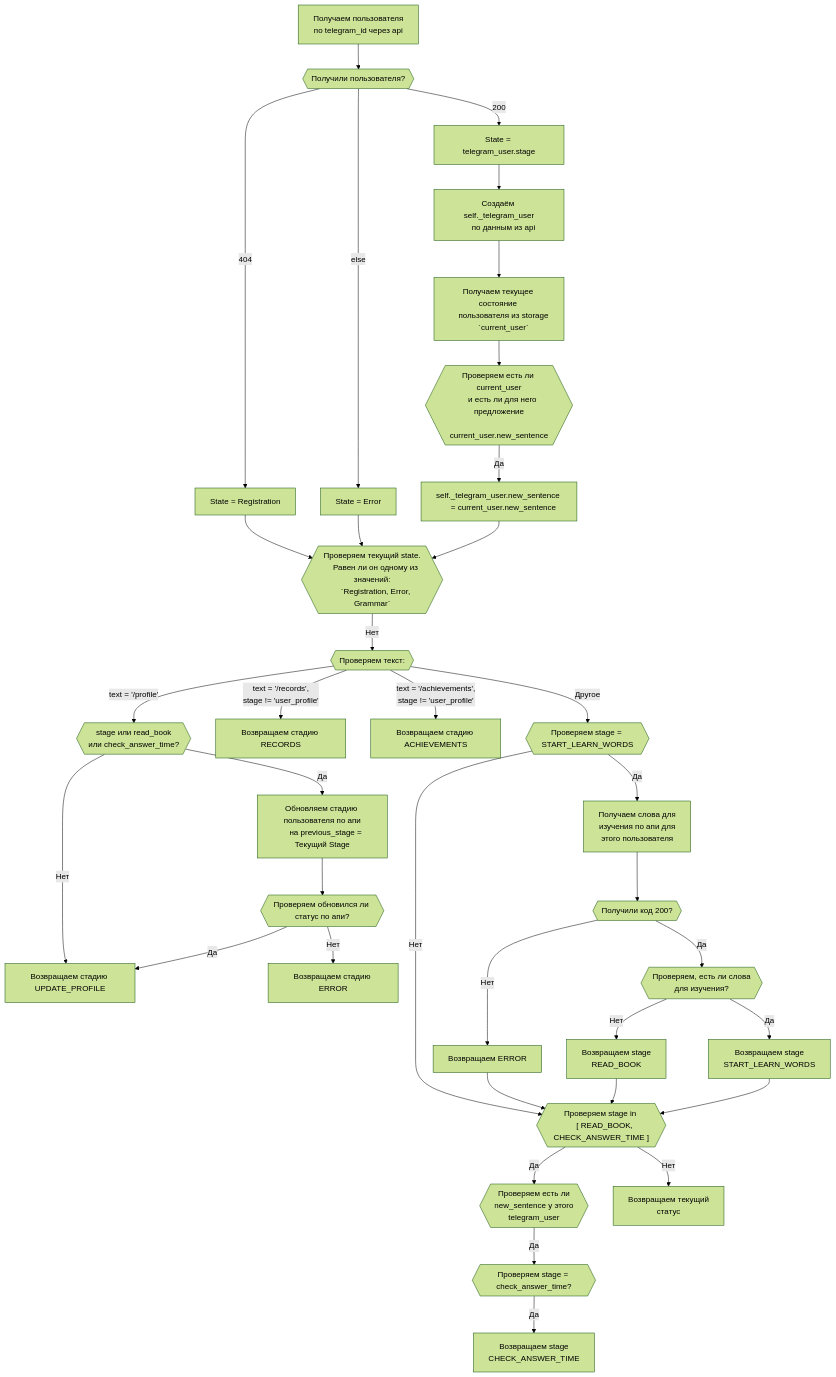
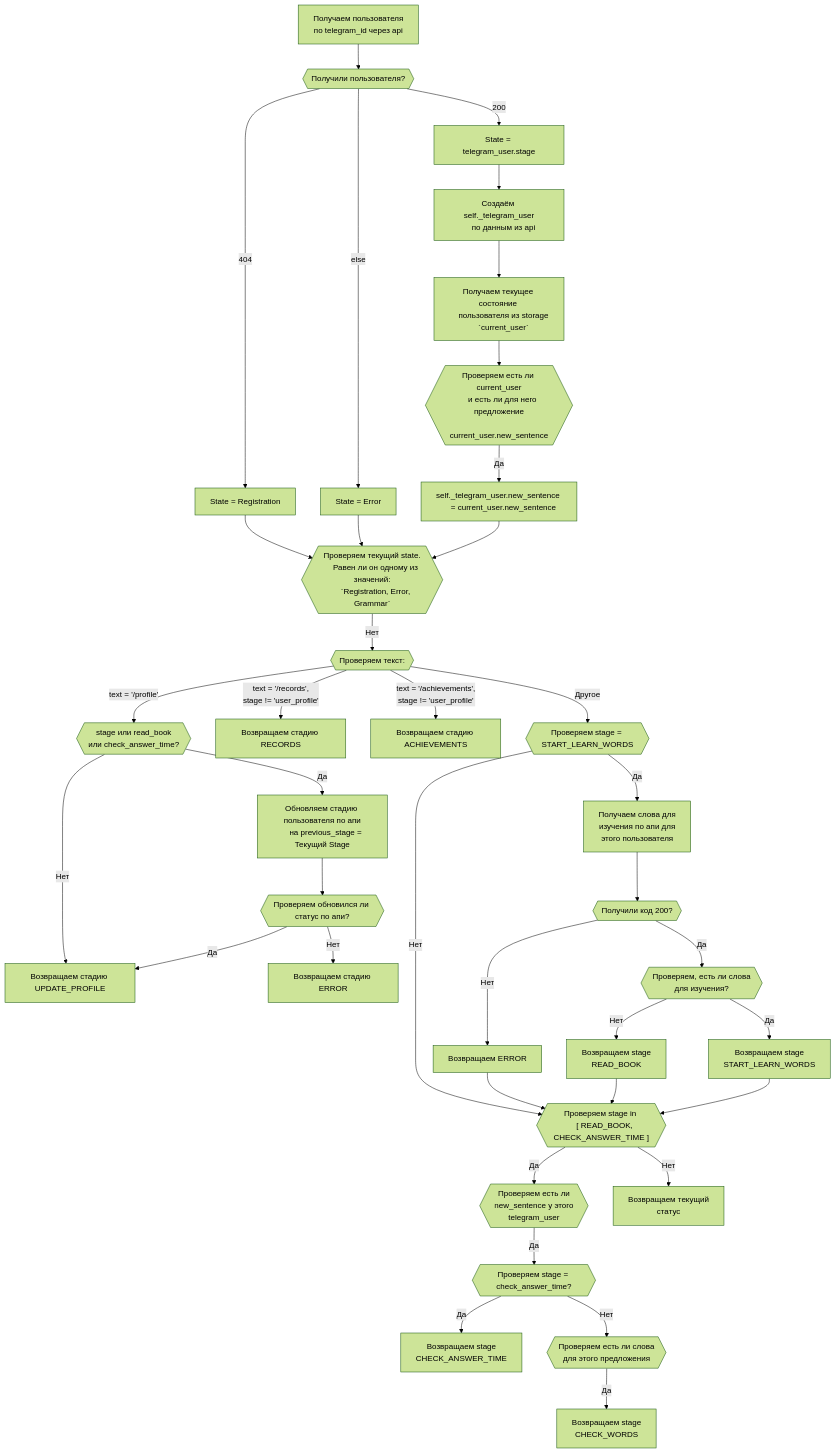
The diagram in documentation/middlewears_set_state.md (psgaiduk/learning_en_telegram_bot), drawn with Mermaid (forest theme) before and after one commit.

Commit message:
docs(documentation): add return stage check_words in middlewears_set_state

````diff
--- a/documentation/middlewears_set_state.md
+++ b/documentation/middlewears_set_state.md
@@ -102,5 +102,13 @@
     Возвращаем stage
     CHECK_ANSWER_TIME
     ]
+    check_stage_after_new_sentence_is_time --> |Нет| check_words_for_sentence{{
+    Проверяем есть ли слова
+    для этого предложения
+}}
+    check_words_for_sentence --> |Да| return_check_words_for_sentence[
+    Возвращаем stage
+    CHECK_WORDS
+    ]
     
 ```
````
